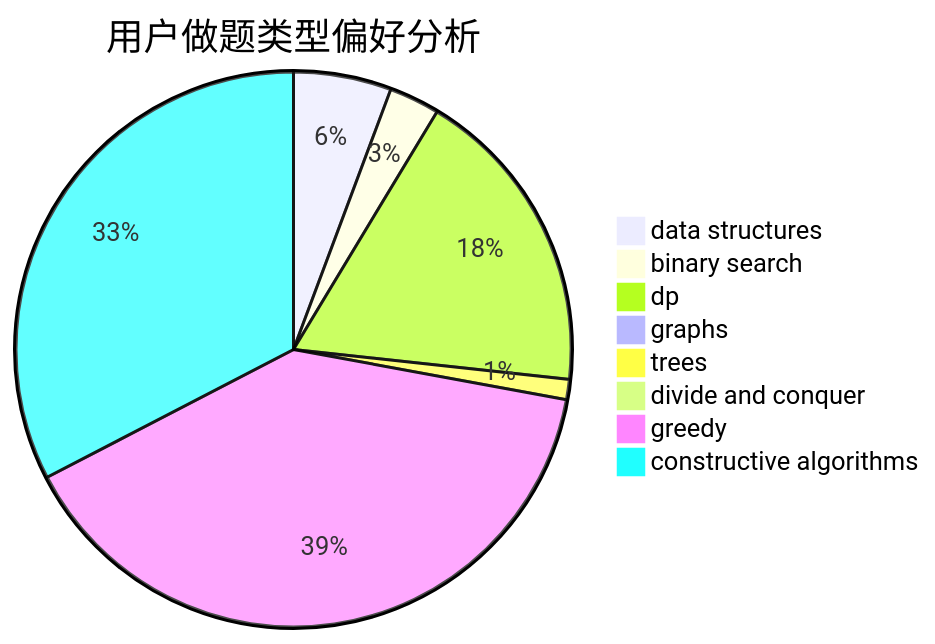
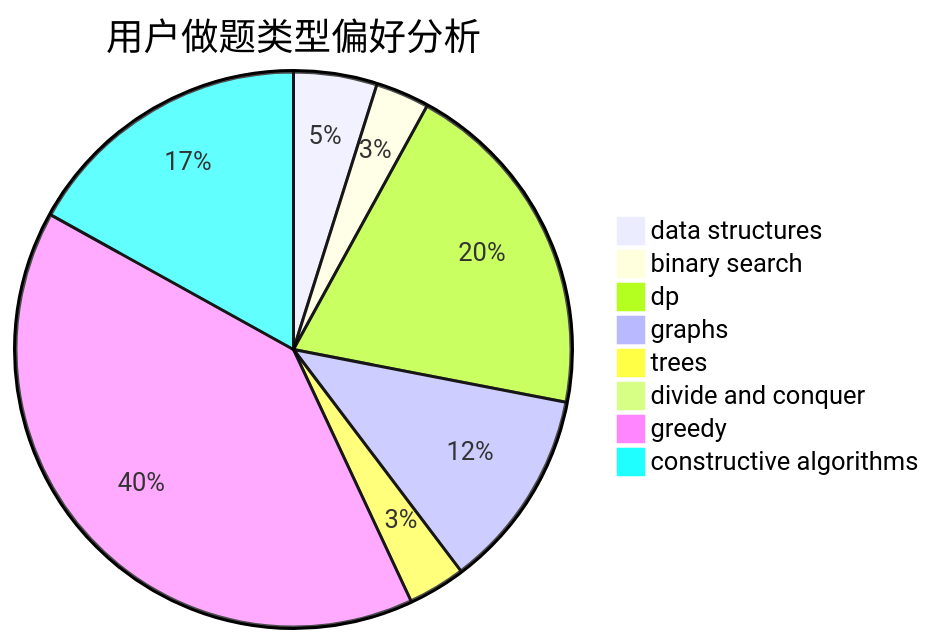
The second of 3 diagrams in docs/user/u695.md (sherpahu/cfrs.github.io), drawn with Mermaid before and after one commit. The commit also changed other lines of this file and 2770 other files, not shown here.

````diff
--- a/docs/user/u695.md
+++ b/docs/user/u695.md
@@ -23,11 +23,11 @@
 ```mermaid
 pie title 用户做题类型偏好分析
-    "data structures" :  29
-    "binary search" :  15
-    "dp" :  92
-    "graphs" :  0
-    "trees" :  6
+    "data structures" :  45
+    "binary search" :  29
+    "dp" :  186
+    "graphs" :  108
+    "trees" :  31
     "divide and conquer" :  0
-    "greedy" :  201
-    "constructive algorithms" :  166
+    "greedy" :  371
+    "constructive algorithms" :  157
 ```
````
